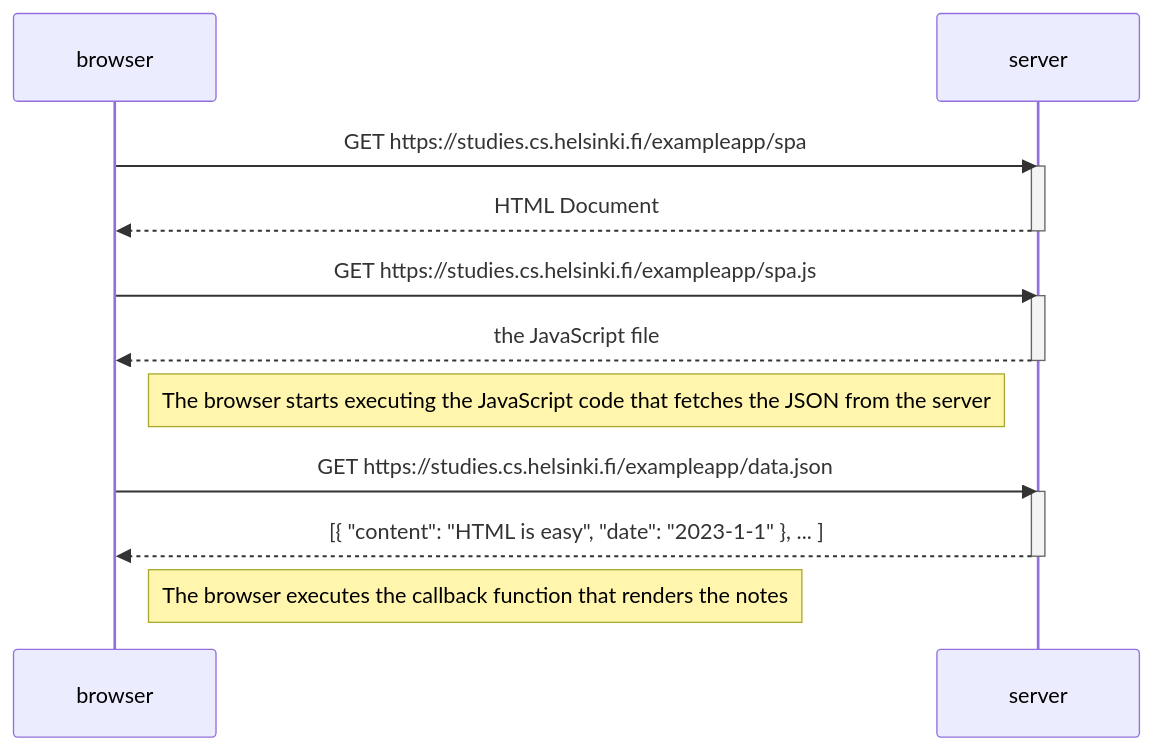
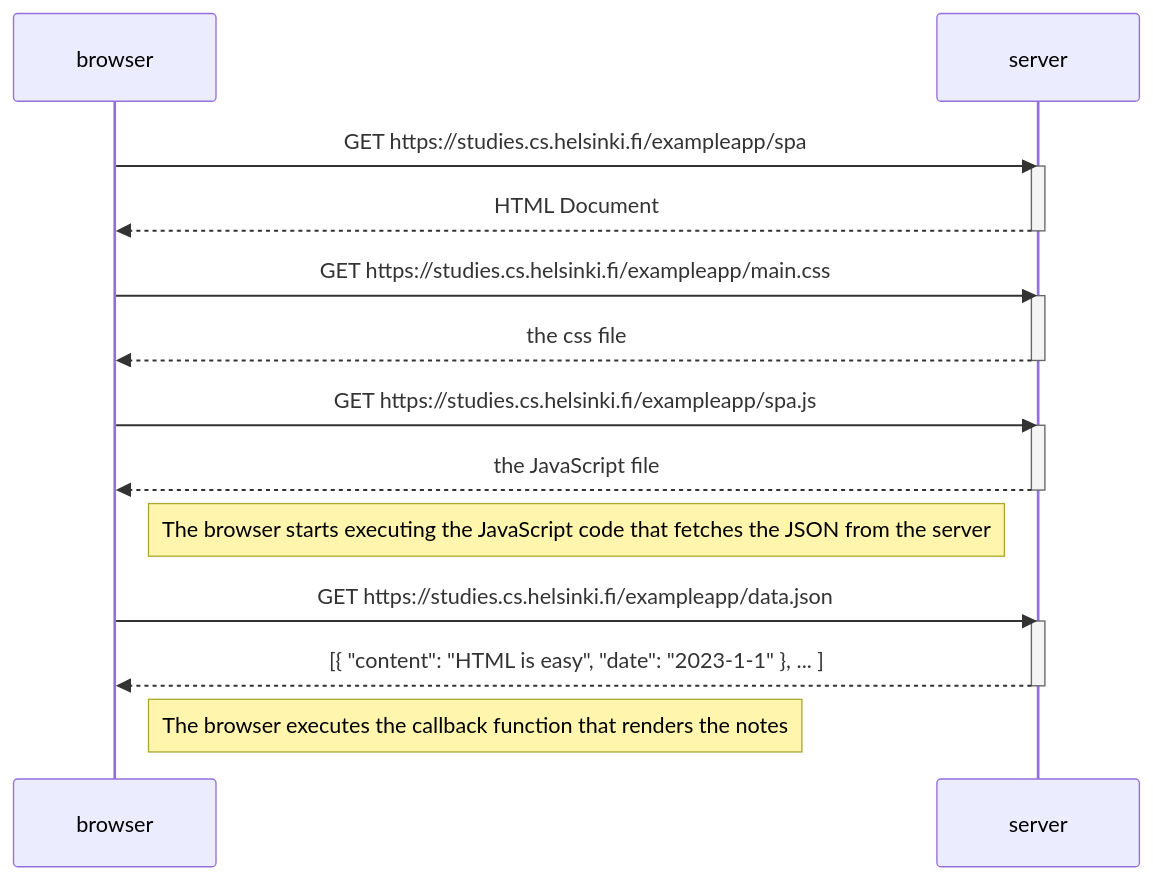
One commit to sandeshrajbhandari/open-fullstack-submissions changed the diagram in part0/0.5.md. Above: the diagram before and after it, drawn with Mermaid.

Commit message:
Fixed 0.5.md, missing CSS response

````diff
--- a/part0/0.5.md
+++ b/part0/0.5.md
@@ -1,24 +1,29 @@
 ```mermaid
 sequenceDiagram
     participant browser
     participant server
 
     browser->>server: GET https://studies.cs.helsinki.fi/exampleapp/spa
     activate server
     server-->>browser: HTML Document
+    deactivate server
+
+    browser->>server: GET https://studies.cs.helsinki.fi/exampleapp/main.css
+    activate server
+    server-->>browser: the css file
     deactivate server
 
     browser->>server: GET https://studies.cs.helsinki.fi/exampleapp/spa.js
     activate server
     server-->>browser: the JavaScript file
     deactivate server
 
     Note right of browser: The browser starts executing the JavaScript code that fetches the JSON from the server
 
     browser->>server: GET https://studies.cs.helsinki.fi/exampleapp/data.json
     activate server
     server-->>browser: [{ "content": "HTML is easy", "date": "2023-1-1" }, ... ]
     deactivate server
 
     Note right of browser: The browser executes the callback function that renders the notes
 ```
````
